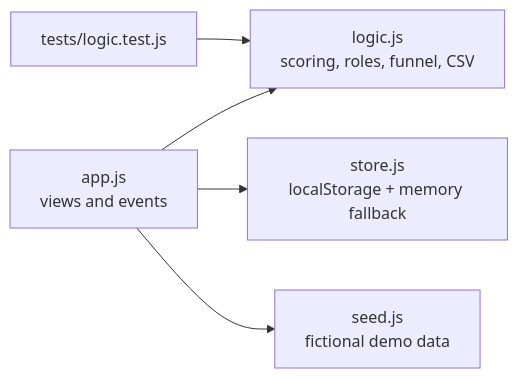
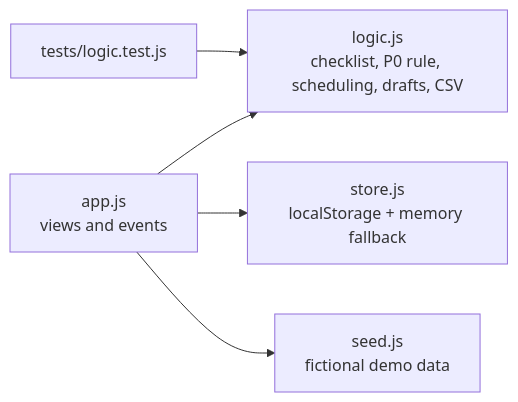
The diagram in README.md (aradyaacovi/vc-deal-pipeline), drawn with Mermaid before and after one commit. The commit also changed other lines of this file and 10 other files, not shown here.

````diff
--- a/README.md
+++ b/README.md
@@ -43,7 +40,7 @@
 ```mermaid
 flowchart LR
-  UI[app.js<br/>views and events] --> L[logic.js<br/>scoring, roles, funnel, CSV]
+  UI[app.js<br/>views and events] --> L[logic.js<br/>checklist, P0 rule, scheduling, drafts, CSV]
   UI --> S[store.js<br/>localStorage + memory fallback]
   UI --> D[seed.js<br/>fictional demo data]
   T[tests/logic.test.js] --> L
 ```
````
